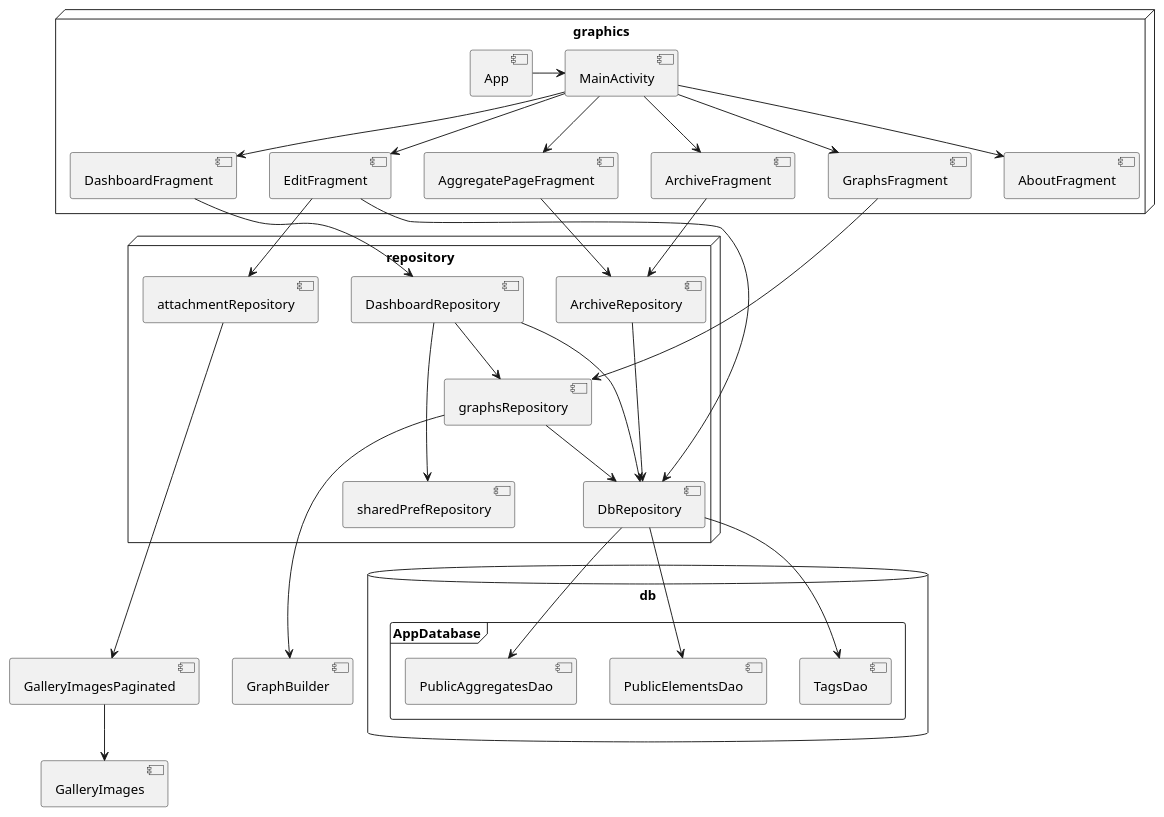
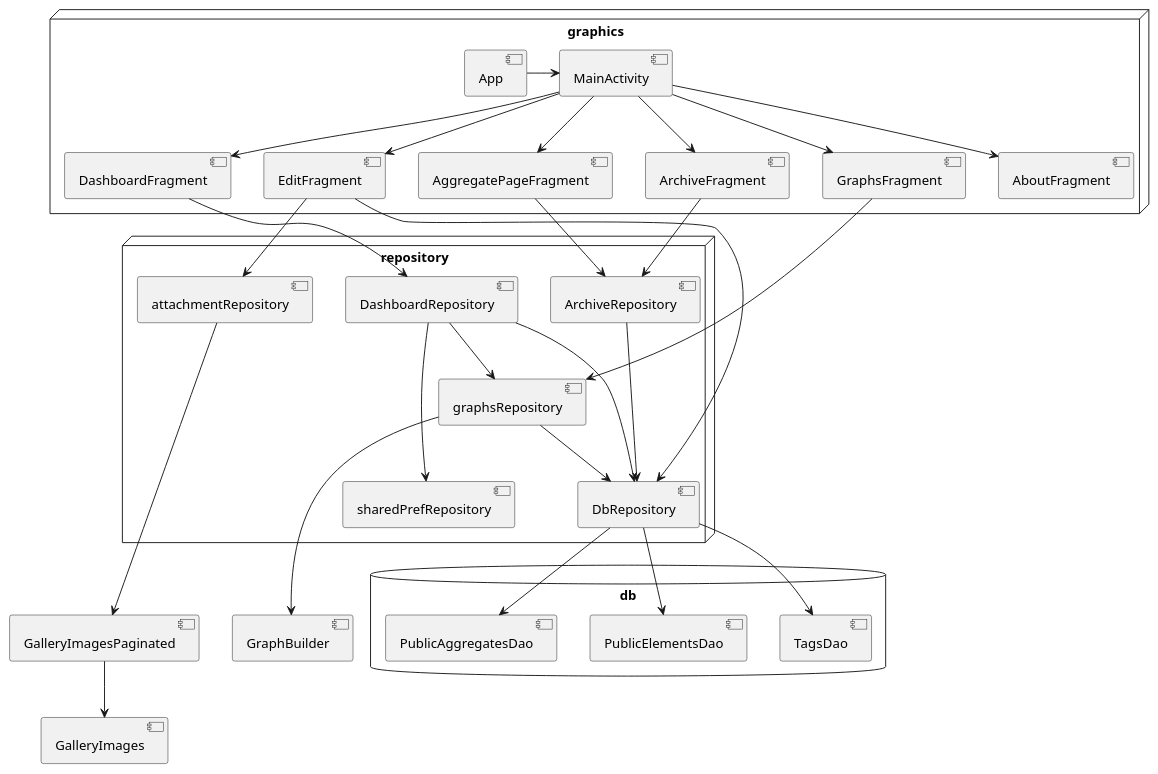
Before and after one commit to simone-viozzi/progetto-programmazione-mobile: the diagram in android_app/app/src/main/java/com/example/receiptApp/App.puml, drawn with PlantUML. The commit also changed 2 other files, not shown here.

```diff
--- a/android_app/app/src/main/java/com/example/receiptApp/App.puml
+++ b/android_app/app/src/main/java/com/example/receiptApp/App.puml
@@ -1,72 +1,67 @@
 @startuml
 'https://plantuml.com/component-diagram
 
 
 node graphics {
     [App]
     [MainActivity]
     [GraphsFragment]
     [EditFragment]
     [DashboardFragment]
     [ArchiveFragment]
     [AggregatePageFragment]
     [AboutFragment]
 
     [App] -> [MainActivity]
     [MainActivity] --> [GraphsFragment]
     [MainActivity] --> [EditFragment]
     [MainActivity] --> [DashboardFragment]
     [MainActivity] --> [ArchiveFragment]
     [MainActivity] --> [AggregatePageFragment]
     [MainActivity] --> [AboutFragment]
 }
 
 node repository {
     [DbRepository]
     [sharedPrefRepository]
     [graphsRepository]
     [DashboardRepository]
     [ArchiveRepository]
     [attachmentRepository]
 }
 
 [GraphsFragment] -> [graphsRepository]
 [EditFragment] --> [DbRepository]
 [EditFragment] --> [attachmentRepository]
 [DashboardFragment] --> [DashboardRepository]
 [ArchiveFragment] -> [ArchiveRepository]
 [AggregatePageFragment] -> [ArchiveRepository]
 
 
 
 [ArchiveRepository] ---> [DbRepository]
 [DashboardRepository] --> [graphsRepository]
 [DashboardRepository] ---> [sharedPrefRepository]
 [DashboardRepository] --> [DbRepository]
 [graphsRepository] --> [DbRepository]
 
 
 [graphsRepository] ---> [GraphBuilder]
 [attachmentRepository] ----> [GalleryImagesPaginated]
 
 [GalleryImagesPaginated] --> [GalleryImages]
 
 database "db" {
 
+    [TagsDao]
+    [PublicElementsDao]
+    [PublicAggregatesDao]
 
-
-    frame "AppDatabase" {
-                [TagsDao]
-                [PublicElementsDao]
-                [PublicAggregatesDao]
-          }
-
-  [DbRepository] -->[TagsDao]
-  [DbRepository] -->[PublicElementsDao]
-  [DbRepository] -->[PublicAggregatesDao]
-
+    [DbRepository] -->[TagsDao]
+    [DbRepository] -->[PublicElementsDao]
+    [DbRepository] -->[PublicAggregatesDao]
 
 }
 
 
 @enduml
```
